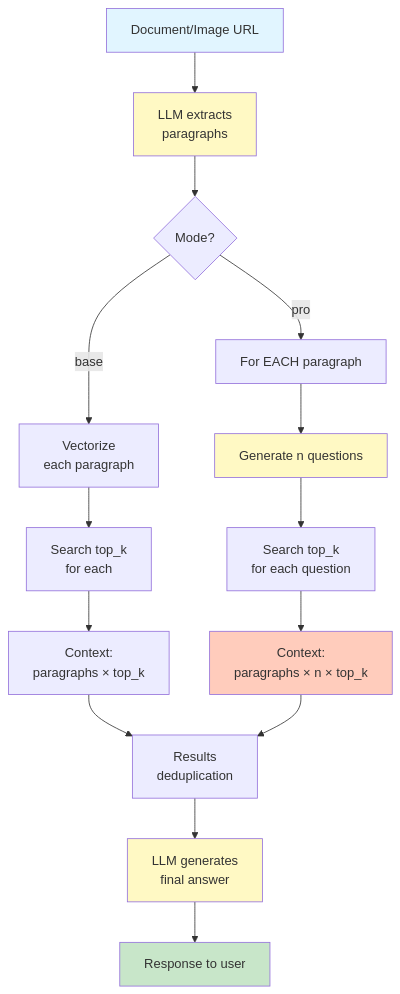
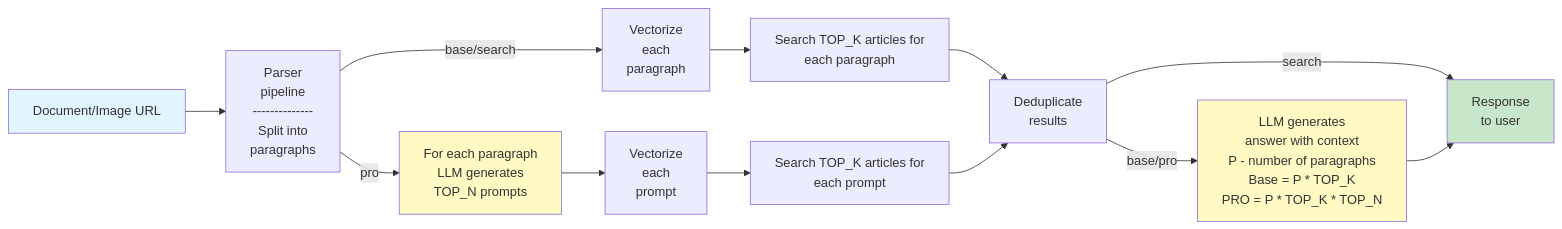
The third of 5 diagrams in README.md (Hanbiike/law-rag-system), drawn with Mermaid before and after one commit. The commit also changed other lines of this file and 9 other files, not shown here.

````diff
--- a/README.md
+++ b/README.md
@@ -399,26 +375,18 @@
 ```mermaid
-flowchart TD
-    A[Document/Image URL] --> B[LLM extracts<br/>paragraphs]
-    B --> C{Mode?}
+flowchart LR
+    A["Document/Image URL"] --> B["Parser<br>pipeline<br>--------------<br>Split into<br>paragraphs"]
+    B -- base/search --> D1["Vectorize<br>each<br>paragraph"]
+    D1 --> D2["Search TOP_K articles for<br> each paragraph"] --> G
+    B -- pro --> E1["For each paragraph<br>LLM generates<br>TOP_N prompts"]
+    E1 --> E2["Vectorize<br>each<br>prompt"]
+    E2 --> E3["Search TOP_K articles for<br> each prompt"] --> G["Deduplicate<br>results"]
     
-    C -->|base| D1[Vectorize<br/>each paragraph]
-    D1 --> D2[Search top_k<br/>for each]
-    D2 --> D3[Context:<br/>paragraphs × top_k]
-    
-    C -->|pro| E1[For EACH paragraph]
-    E1 --> E2[Generate n questions]
-    E2 --> E3[Search top_k<br/>for each question]
-    E3 --> E4[Context:<br/>paragraphs × n × top_k]
-    
-    D3 --> F[Results<br/>deduplication]
-    E4 --> F
-    F --> G[LLM generates<br/>final answer]
-    G --> H[Response to user]
-    
+    G -- search --> K["Response<br>to user"]
+    G -- base/pro --> J["LLM generates<br>answer with context<br>P - number of paragraphs<br>Base = P * TOP_K<br>PRO = P * TOP_K * TOP_N"]
+    J --> K
+
     style A fill:#e1f5ff
-    style H fill:#c8e6c9
-    style B fill:#fff9c4
-    style E2 fill:#fff9c4
-    style G fill:#fff9c4
-    style E4 fill:#ffccbc
+    style E1 fill:#FFF9C4
+    style K fill:#c8e6c9
+    style J fill:#fff9c4
 ```
````
